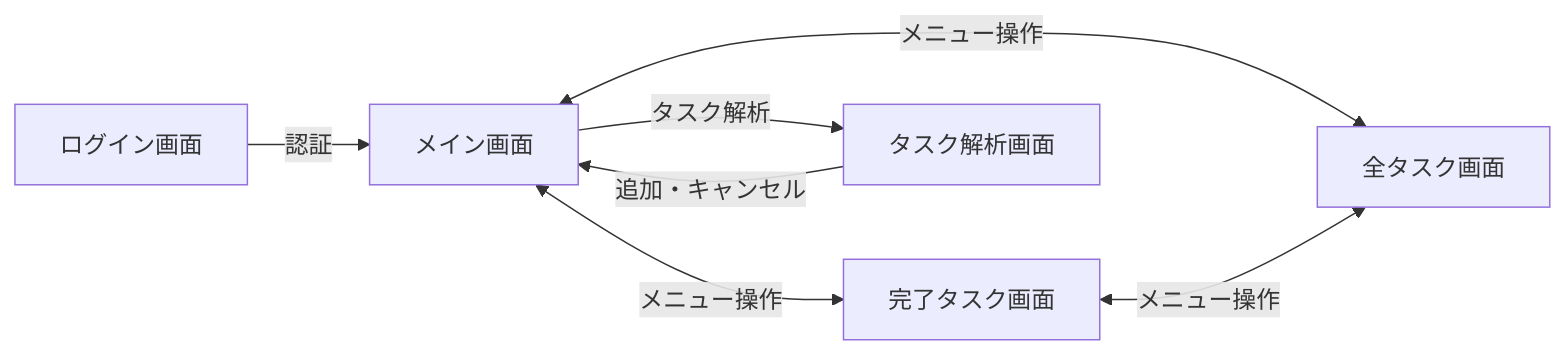
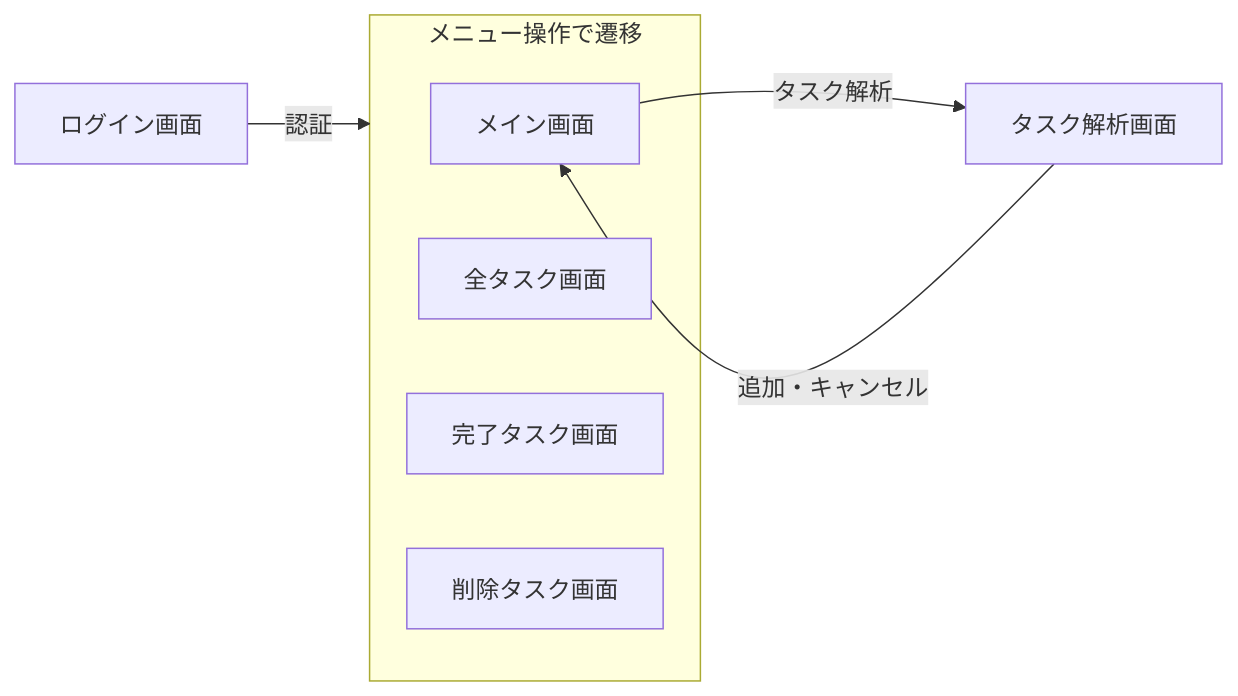
One commit to osawa-naotaka/vanishtodo changed the diagram in doc/04_REQUIREMENTS_SPEC.md. Above: the diagram before and after it, drawn with Mermaid. The commit also changed other lines of this file and 9 other files, not shown here.

````diff
--- a/doc/04_REQUIREMENTS_SPEC.md
+++ b/doc/04_REQUIREMENTS_SPEC.md
@@ -75,9 +79,14 @@
 ```mermaid
 graph LR
-   ログイン画面--認証-->メイン画面
-   メイン画面<--メニュー操作-->全タスク画面
-   メイン画面<--メニュー操作-->完了タスク画面
-   完了タスク画面<--メニュー操作-->全タスク画面
+   ログイン画面--認証-->メニュー操作で遷移
+
+   subgraph メニュー操作で遷移
+      メイン画面
+      全タスク画面
+      完了タスク画面
+      削除タスク画面
+   end
+
    メイン画面--タスク解析-->タスク解析画面
    タスク解析画面--追加・キャンセル-->メイン画面
 ```
````
